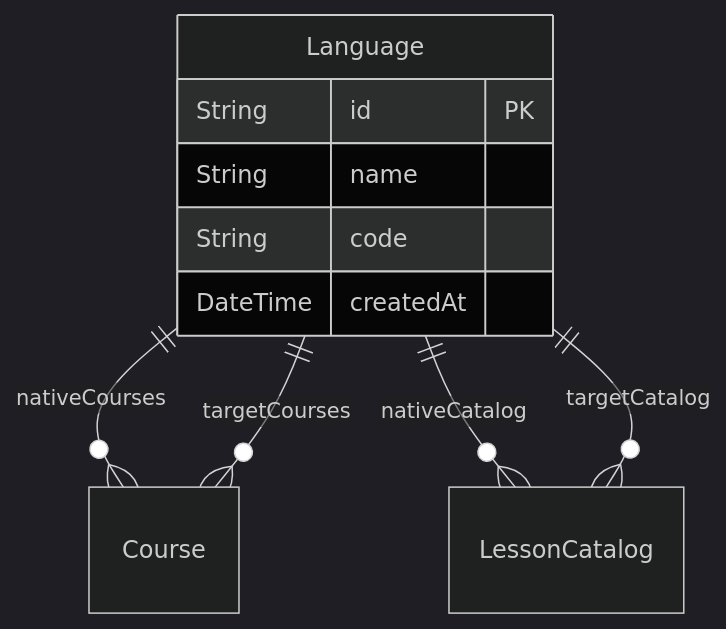
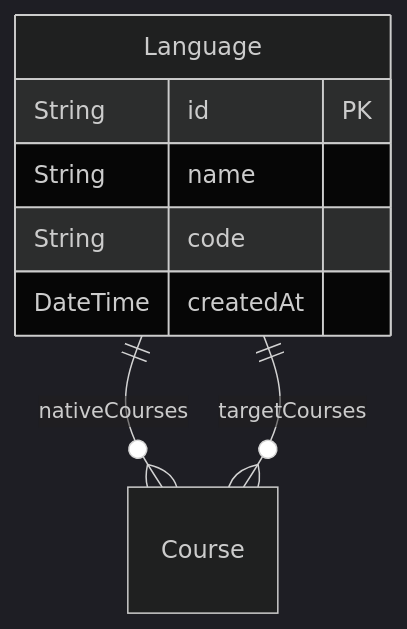
One commit to HamedMP/LangPod changed the second of 5 diagrams in schema.md. Above: the diagram before and after it, drawn with Mermaid (dark theme). The commit also changed other lines of this file and 22 other files, not shown here.

````diff
--- a/schema.md
+++ b/schema.md
@@ -36,15 +37,13 @@
 ```mermaid
 erDiagram
 "Language" {
-  String id PK 
-  String name  
-  String code  
-  DateTime createdAt  
+  String id PK
+  String name
+  String code
+  DateTime createdAt
 }
 
 "Language" ||--o{ "Course": nativeCourses
 "Language" ||--o{ "Course": targetCourses
-"Language" ||--o{ "LessonCatalog": nativeCatalog
-"Language" ||--o{ "LessonCatalog": targetCatalog
 
 ```
````
